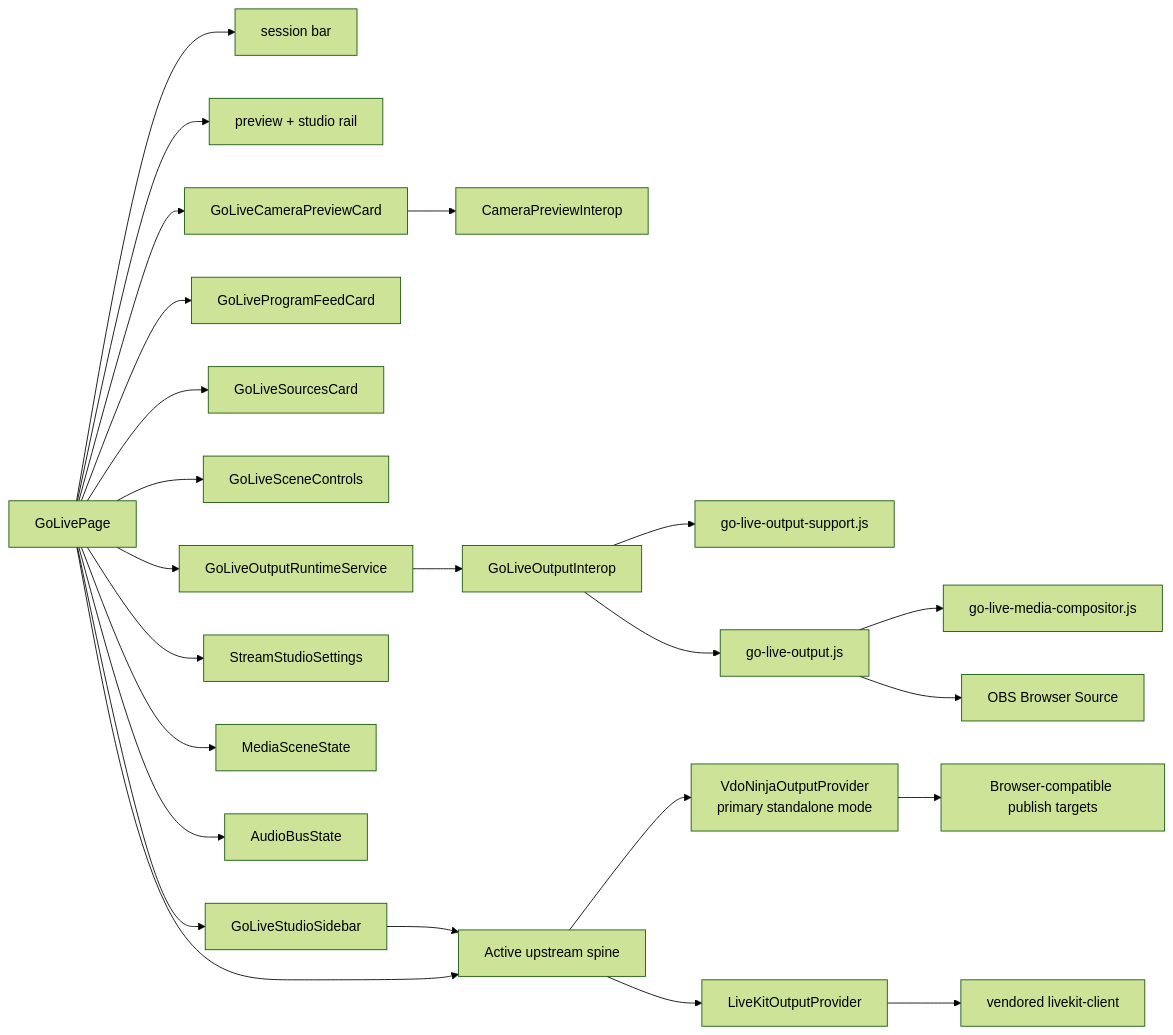
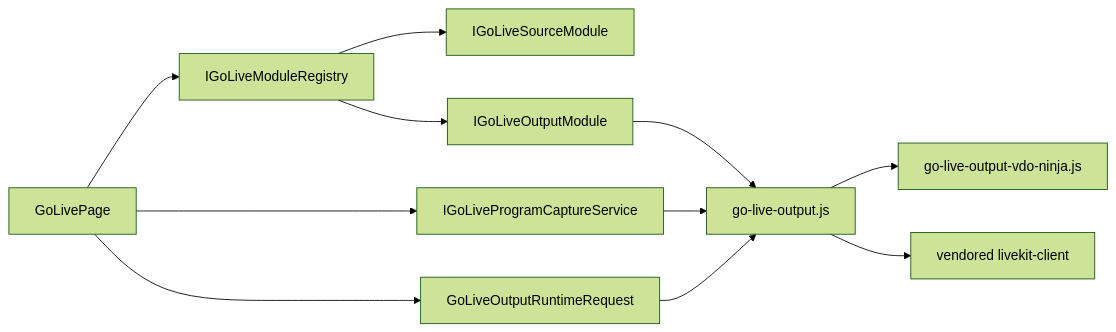
The third of 4 diagrams in docs/Features/GoLiveRuntime.md (managedcode/PrompterLive), drawn with Mermaid (forest theme) before and after one commit. The commit also changed other lines of this file and 80 other files, not shown here.

````diff
--- a/docs/Features/GoLiveRuntime.md
+++ b/docs/Features/GoLiveRuntime.md
@@ -156,50 +157,23 @@
 ```mermaid
 flowchart LR
     Page["GoLivePage"]
-    SessionBar["session bar"]
-    PreviewRail["preview + studio rail"]
-    Preview["GoLiveCameraPreviewCard"]
-    Program["GoLiveProgramFeedCard"]
-    Sources["GoLiveSourcesCard"]
-    SceneControls["GoLiveSceneControls"]
-    Sidebar["GoLiveStudioSidebar"]
-    Studio["StreamStudioSettings"]
-    Scene["MediaSceneState"]
-    AudioBus["AudioBusState"]
-    CameraInterop["CameraPreviewInterop"]
-    Runtime["GoLiveOutputRuntimeService"]
-    RuntimeInterop["GoLiveOutputInterop"]
-    OutputSupport["go-live-output-support.js"]
-    BrowserRuntime["go-live-output.js"]
-    Composer["go-live-media-compositor.js"]
-    Spine["Active upstream spine"]
-    LiveKit["LiveKitOutputProvider"]
-    Vdo["VdoNinjaOutputProvider<br/>primary standalone mode"]
-    Targets["Browser-compatible publish targets"]
-    LiveKitSdk["vendored livekit-client"]
-    ObsBrowser["OBS Browser Source"]
+    Registry["IGoLiveModuleRegistry"]
+    Source["IGoLiveSourceModule"]
+    Capture["IGoLiveProgramCaptureService"]
+    Output["IGoLiveOutputModule"]
+    Request["GoLiveOutputRuntimeRequest"]
+    Browser["go-live-output.js"]
+    Vdo["go-live-output-vdo-ninja.js"]
+    LiveKit["vendored livekit-client"]
 
-    Page --> SessionBar
-    Page --> PreviewRail
-    Page --> Preview
-    Page --> Program
-    Page --> Sources
-    Page --> SceneControls
-    Page --> Sidebar
-    Page --> Studio
-    Page --> Scene
-    Page --> AudioBus
-    Page --> Runtime
-    Preview --> CameraInterop
-    Runtime --> RuntimeInterop
-    RuntimeInterop --> OutputSupport
-    RuntimeInterop --> BrowserRuntime
-    BrowserRuntime --> Composer
-    BrowserRuntime --> ObsBrowser
-    Page --> Spine
-    Sidebar --> Spine
-    Spine --> Vdo
-    Spine --> LiveKit
-    LiveKit --> LiveKitSdk
-    Vdo --> Targets
+    Page --> Registry
+    Registry --> Source
+    Registry --> Output
+    Page --> Capture
+    Page --> Request
+    Request --> Browser
+    Browser --> Vdo
+    Browser --> LiveKit
+    Capture --> Browser
+    Output --> Browser
 ```
````
